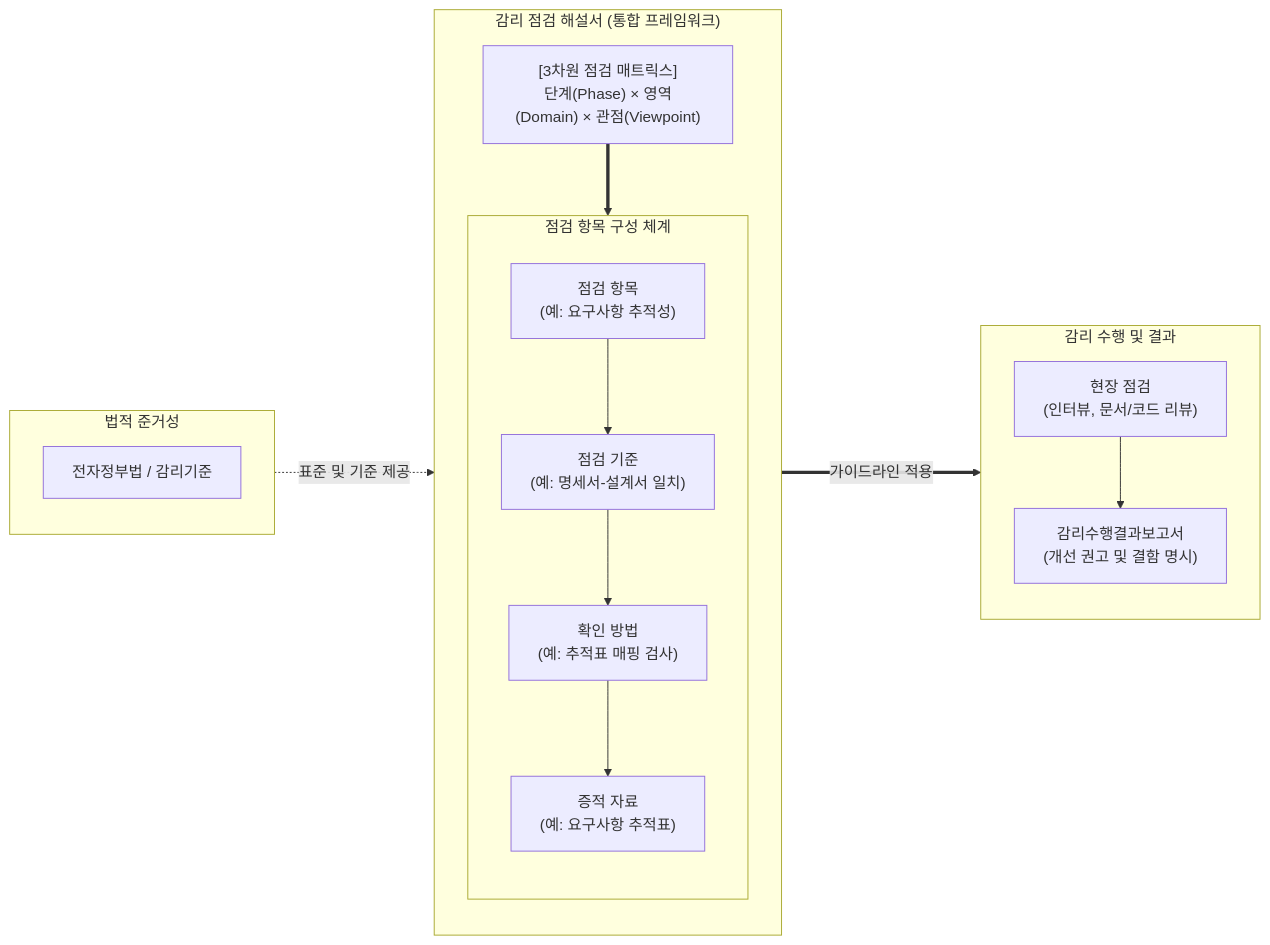
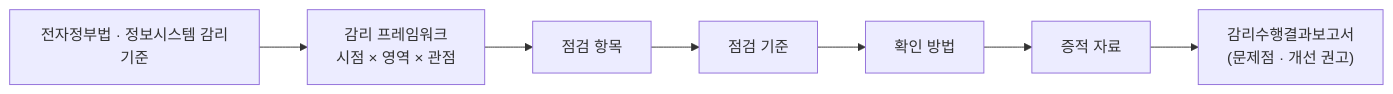
One commit to supremethumb/supremethumb.github.io changed the diagram in content/01_IT Tech/정보시스템 감리 점검 해설서.md. Above: the diagram before and after it, drawn with Mermaid. The commit also changed other lines of this file and 1087 other files, not shown here.

````diff
--- a/content/01_IT Tech/정보시스템 감리 점검 해설서.md
+++ b/content/01_IT Tech/정보시스템 감리 점검 해설서.md
@@ -23,30 +35,9 @@
 ```mermaid
 flowchart LR
-    subgraph Law["법적 준거성"]
-        Gov["전자정부법 / 감리기준"]
-    end
-
-    subgraph Manual["감리 점검 해설서 (통합 프레임워크)"]
-        direction TB
-        Matrix["[3차원 점검 매트릭스]<br/>단계(Phase) × 영역(Domain) × 관점(Viewpoint)"]
-        
-        subgraph Detail["점검 항목 구성 체계"]
-            direction TB
-            Item["점검 항목<br/>(예: 요구사항 추적성)"] --> Criteria["점검 기준<br/>(예: 명세서-설계서 일치)"]
-            Criteria --> Method["확인 방법<br/>(예: 추적표 매핑 검사)"]
-            Method --> Evidence["증적 자료<br/>(예: 요구사항 추적표)"]
-        end
-        Matrix ==> Detail
-    end
-
-    subgraph Action["감리 수행 및 결과"]
-        direction TB
-        Inspect["현장 점검<br/>(인터뷰, 문서/코드 리뷰)"]
-        Report["감리수행결과보고서<br/>(개선 권고 및 결함 명시)"]
-        Inspect --> Report
-    end
-
-    Law -. "표준 및 기준 제공" .-> Manual
-    Manual == "가이드라인 적용" ===> Action
-
+    LAW["전자정부법 · 정보시스템 감리기준"] --> FW["감리 프레임워크<br/>시점 × 영역 × 관점"]
+    FW --> ITEM["점검 항목"]
+    ITEM --> CRI["점검 기준"]
+    CRI --> MTH["확인 방법"]
+    MTH --> EVD["증적 자료"]
+    EVD --> RPT["감리수행결과보고서<br/>(문제점 · 개선 권고)"]
 ```
````
